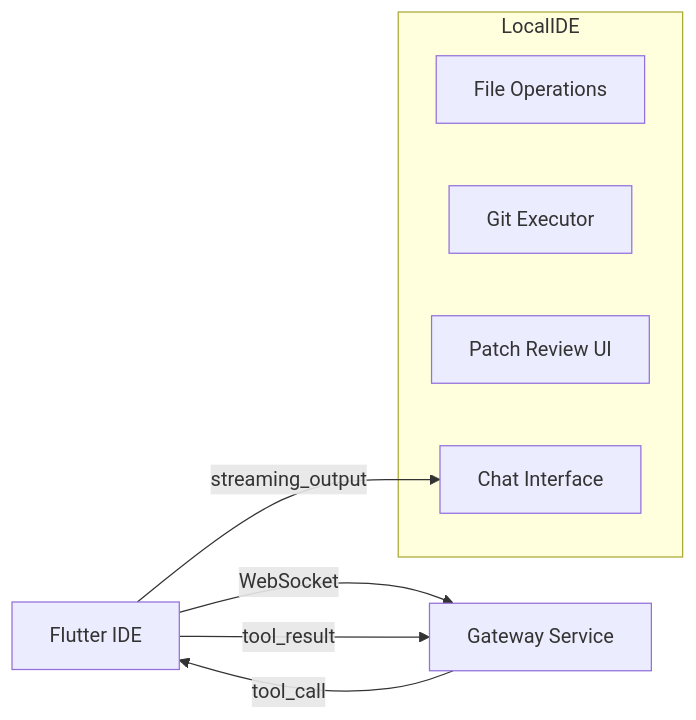
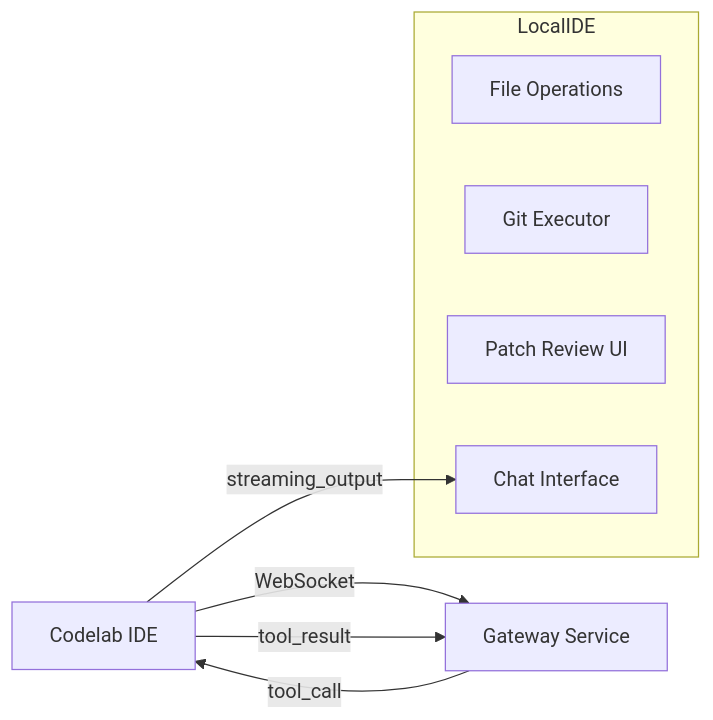
One commit to pese-git/codelab-workspace changed the diagram in doc/poc/ide-poc.arch.md. Above: the diagram before and after it, drawn with Mermaid. The commit also changed other lines of this file and 7 other files, not shown here.

First line of the commit message:
feat: add initial Proof of Concept architecture documentation

````diff
--- a/doc/poc/ide-poc.arch.md
+++ b/doc/poc/ide-poc.arch.md
@@ -66,16 +66,16 @@
 ```mermaid
 flowchart LR
-IDE[Flutter IDE] 
+IDE[Codelab IDE] 
     -->|WebSocket| GW[Gateway Service]
 
 subgraph LocalIDE
     FileOps[File Operations]
     GitOps[Git Executor]
     PatchUI[Patch Review UI]
     ChatUI[Chat Interface]
 end
 
 GW -->|tool_call| IDE
 IDE -->|tool_result| GW
 IDE -->|streaming_output| ChatUI
 ```
````
